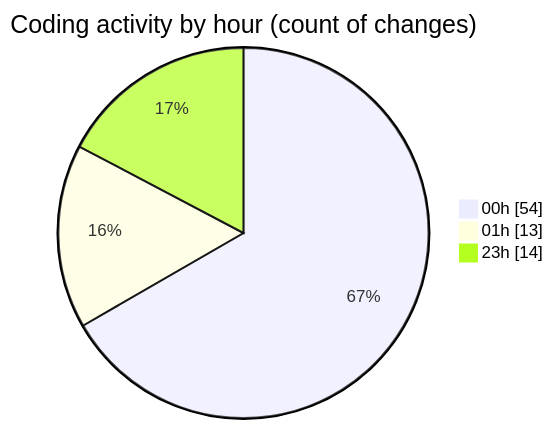
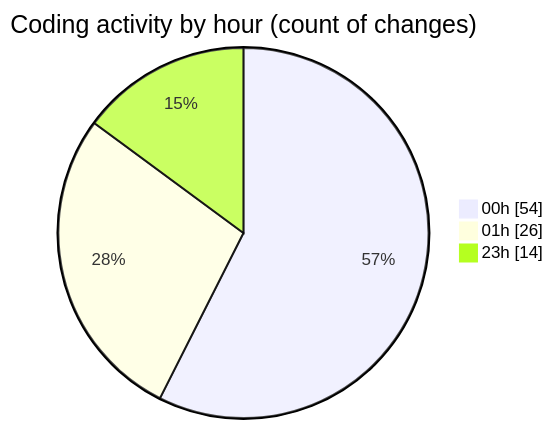
One commit to lephambinh05/code-tracking changed the second of 2 diagrams in 2025-08-20/quytuthien_vn/README.md. Above: the diagram before and after it, drawn with Mermaid. The commit also changed other lines of this file and 1 other file, not shown here.

````diff
--- a/2025-08-20/quytuthien_vn/README.md
+++ b/2025-08-20/quytuthien_vn/README.md
@@ -75,7 +82,7 @@
 ```mermaid
 pie showData
 title Coding activity by hour (count of changes)
 "00h" : 54
-"01h" : 13
+"01h" : 26
 "23h" : 14
 ```
````
